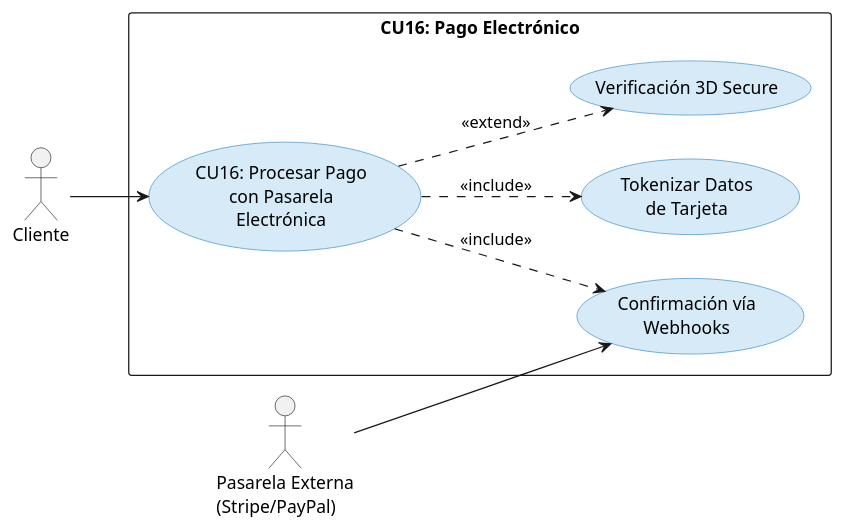
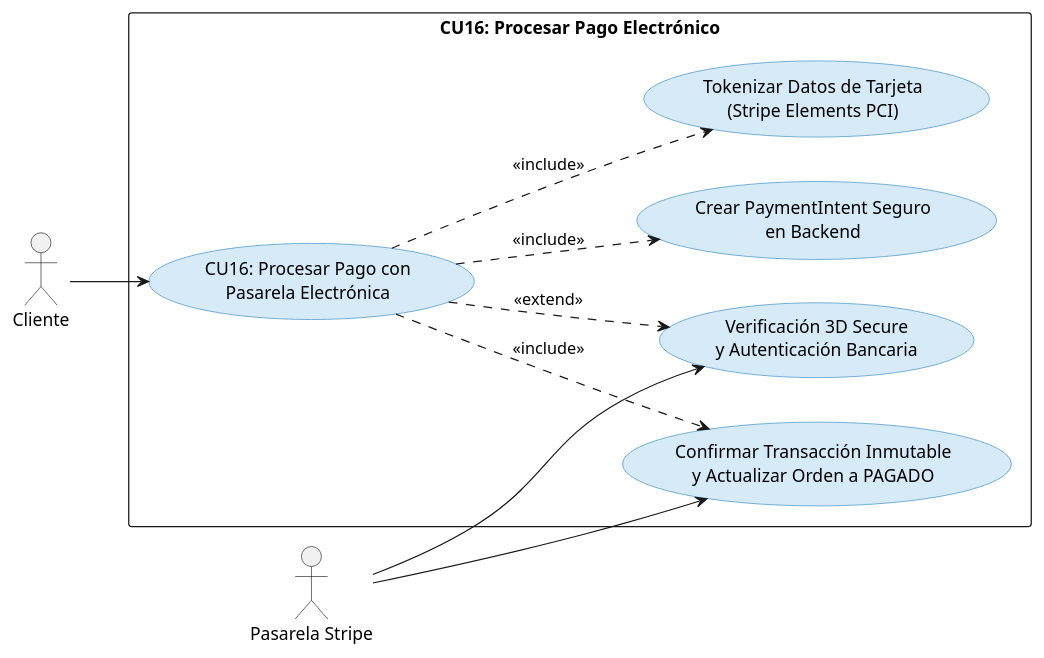
Before and after one commit to INGvainilla/1erParcial: the sixth of 9 diagrams in DOCUMENTACION2/ciclo2.md, drawn with PlantUML. The commit also changed other lines of this file and 60 other files, not shown here.

````diff
--- a/DOCUMENTACION2/ciclo2.md
+++ b/DOCUMENTACION2/ciclo2.md
@@ -257,25 +329,28 @@
 ```plantuml
 @startuml CU16_Procesar_Pago
 left to right direction
 skinparam usecase {
   BackgroundColor #D6EAF8
   BorderColor #2E86C1
 }
 
 actor "Cliente" as Cliente
-actor "Pasarela Externa\n(Stripe/PayPal)" as Pasarela
+actor "Pasarela Stripe" as Pasarela
 
-rectangle "CU16: Pago Electrónico" {
-  usecase "CU16: Procesar Pago\ncon Pasarela\nElectrónica" as CU16
-  usecase "Tokenizar Datos\nde Tarjeta" as UC_Token
-  usecase "Verificación 3D Secure" as UC_3D
-  usecase "Confirmación vía\nWebhooks" as UC_Webhook
+rectangle "CU16: Procesar Pago Electrónico" {
+  usecase "CU16: Procesar Pago con\nPasarela Electrónica" as CU16
+  usecase "Crear PaymentIntent Seguro\nen Backend" as UC_Intent
+  usecase "Tokenizar Datos de Tarjeta\n(Stripe Elements PCI)" as UC_Token
+  usecase "Verificación 3D Secure\ny Autenticación Bancaria" as UC_3D
+  usecase "Confirmar Transacción Inmutable\ny Actualizar Orden a PAGADO" as UC_Confirmar
 }
 
 Cliente --> CU16
-Pasarela --> UC_Webhook
+Pasarela --> UC_3D
+Pasarela --> UC_Confirmar
+CU16 ..> UC_Intent : <<include>>
 CU16 ..> UC_Token : <<include>>
 CU16 ..> UC_3D : <<extend>>
-CU16 ..> UC_Webhook : <<include>>
+CU16 ..> UC_Confirmar : <<include>>
 @enduml
 ```
````
